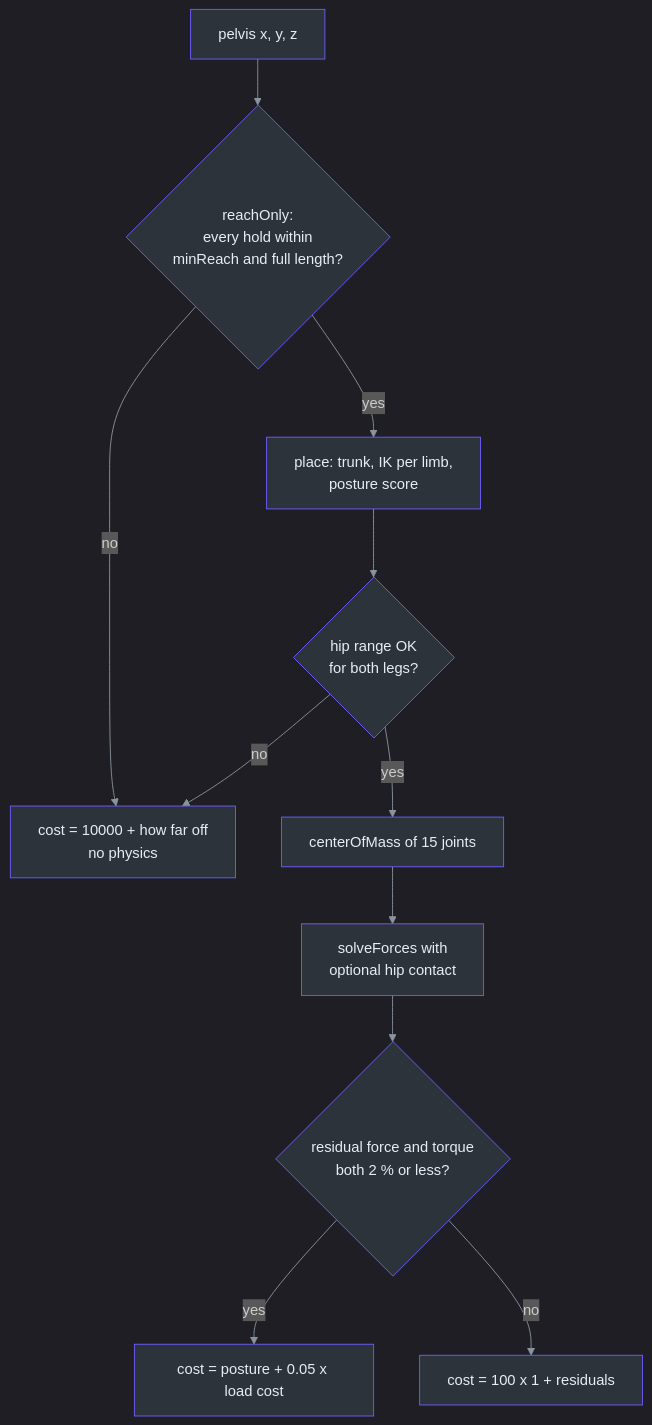
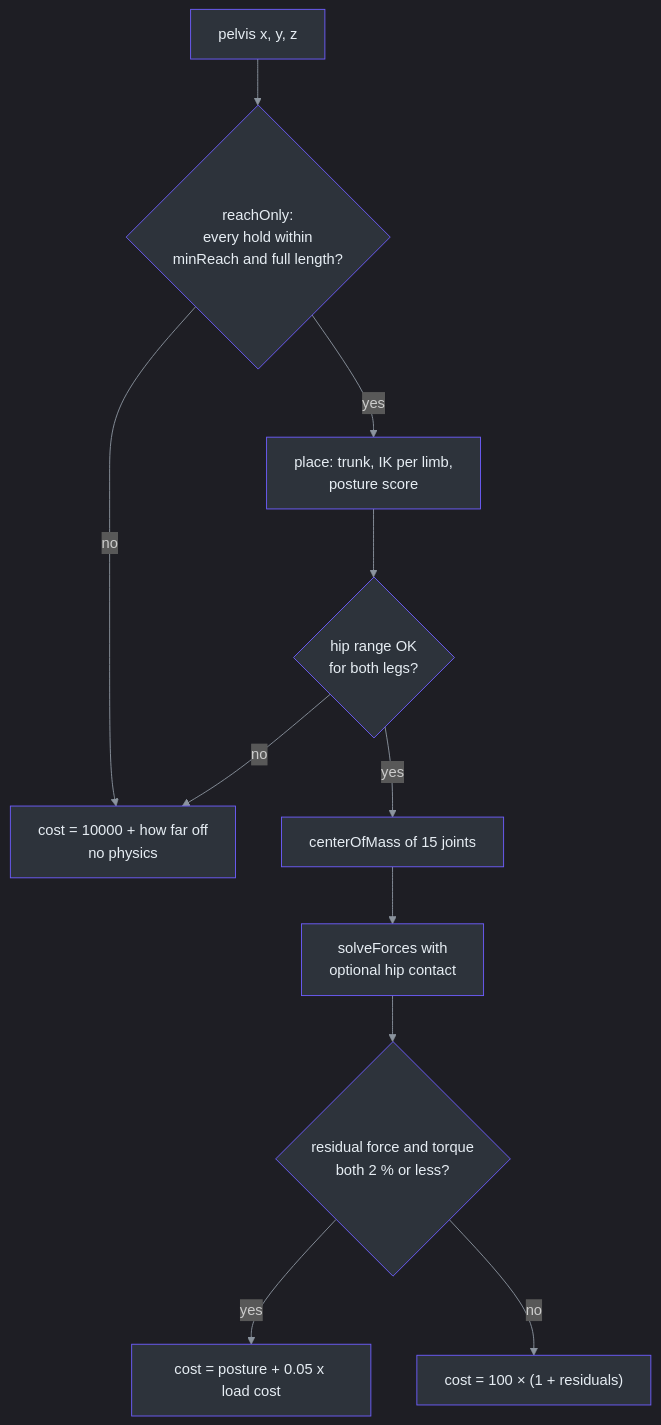
One commit to r03922123/bouldering-vis changed the fifth of 6 diagrams in docs/wiki/climber-stance.md. Above: the diagram before and after it, drawn with Mermaid. The commit also changed other lines of this file and 1 other file, not shown here.

````diff
--- a/docs/wiki/climber-stance.md
+++ b/docs/wiki/climber-stance.md
@@ -385,15 +390,15 @@
 ```mermaid
 %%{init: {'theme':'dark','themeVariables':{'primaryColor':'#2d333b','primaryBorderColor':'#6d5dfc','primaryTextColor':'#e6edf3','lineColor':'#8b949e'}}}%%
 flowchart TD
   classDef n fill:#2d333b,stroke:#6d5dfc,color:#e6edf3
   A[pelvis x, y, z]:::n --> B{reachOnly:<br>every hold within<br>minReach and full length?}:::n
   B -- no --> C[cost = 10000 + how far off<br>no physics]:::n
   B -- yes --> D[place: trunk, IK per limb,<br>posture score]:::n
   D --> E{hip range OK<br>for both legs?}:::n
   E -- no --> C
   E -- yes --> F[centerOfMass of 15 joints]:::n
   F --> G[solveForces with<br>optional hip contact]:::n
   G --> H{residual force and torque<br>both 2 % or less?}:::n
   H -- yes --> I[cost = posture + 0.05 x load cost]:::n
-  H -- no --> J[cost = 100 x 1 + residuals]:::n
+  H -- no --> J["cost = 100 × (1 + residuals)"]:::n
 ```
````
